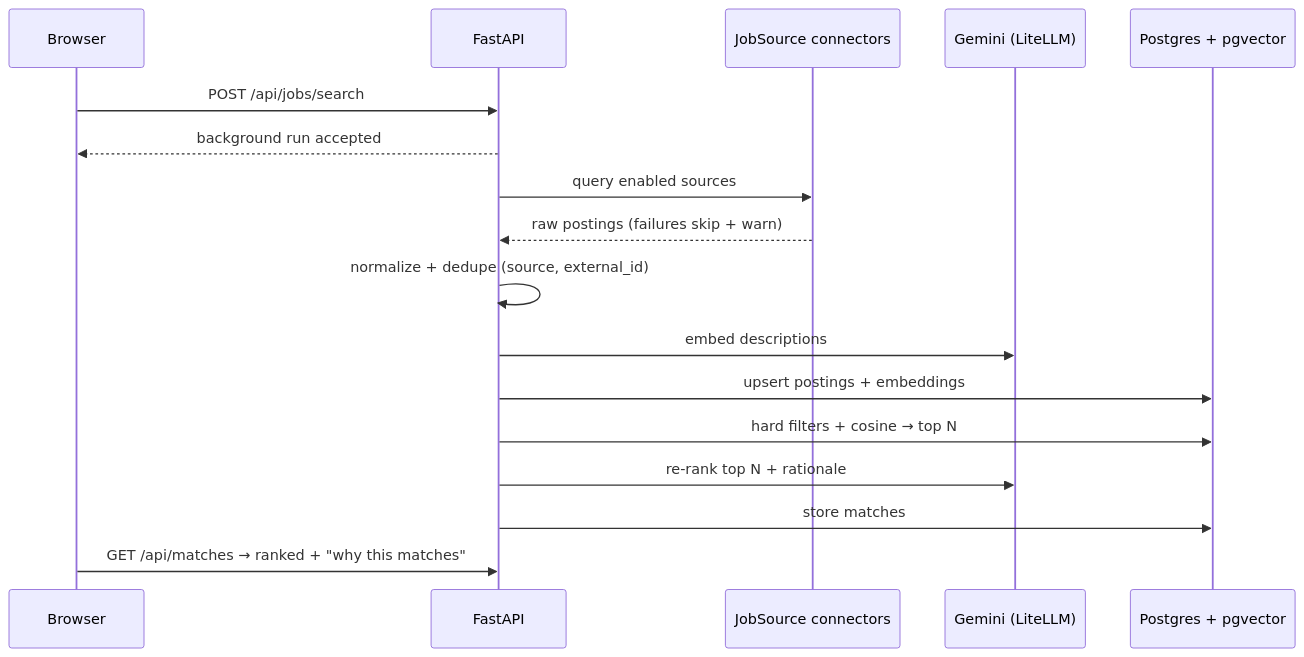
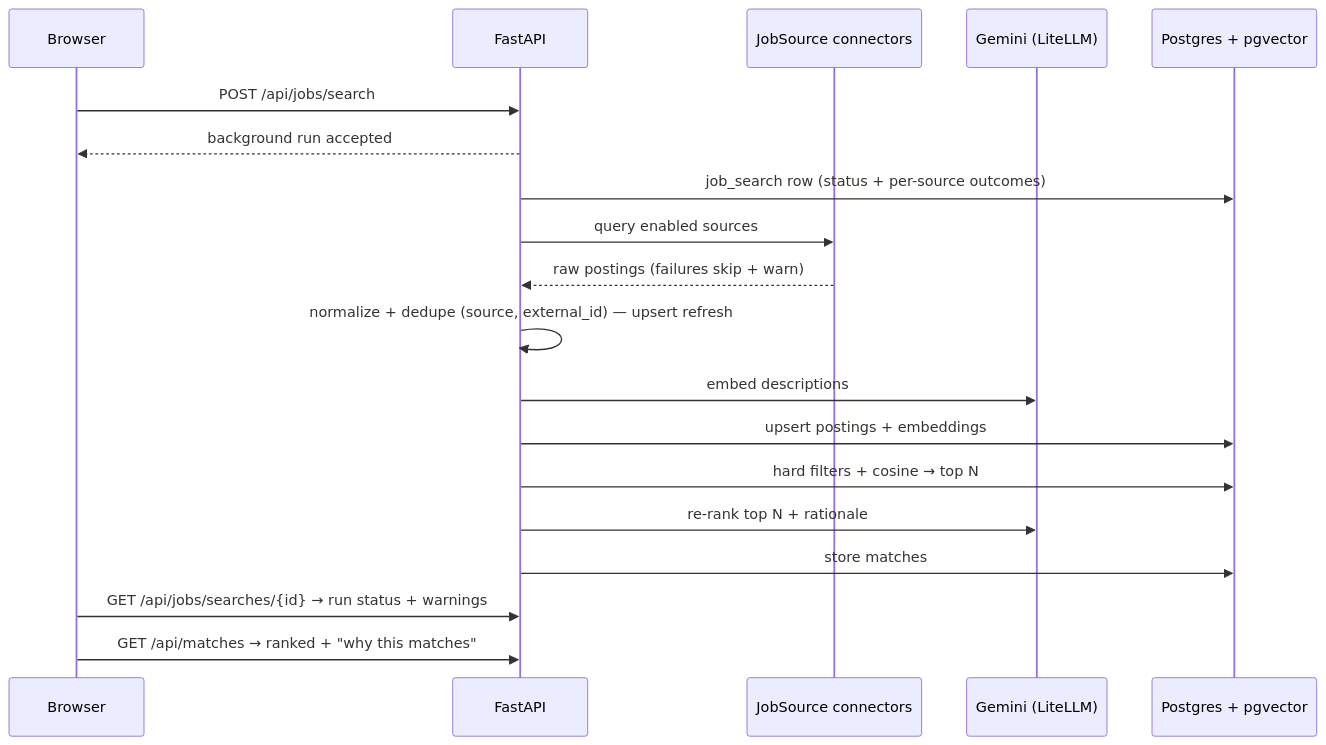
The third of 4 diagrams in docs/architecture.md (MSVhora/ai_job_assistant), drawn with Mermaid before and after one commit. The commit also changed other lines of this file and 32 other files, not shown here.

Commit message:
Add JobSource connector interface with Adzuna ingestion and dedupe

````diff
--- a/docs/architecture.md
+++ b/docs/architecture.md
@@ -93,20 +93,22 @@
 ```mermaid
 sequenceDiagram
     participant B as Browser
     participant A as FastAPI
     participant C as JobSource connectors
     participant G as Gemini (LiteLLM)
     participant D as Postgres + pgvector
 
     B->>A: POST /api/jobs/search
     A-->>B: background run accepted
+    A->>D: job_search row (status + per-source outcomes)
     A->>C: query enabled sources
     C-->>A: raw postings (failures skip + warn)
-    A->>A: normalize + dedupe (source, external_id)
+    A->>A: normalize + dedupe (source, external_id) — upsert refresh
     A->>G: embed descriptions
     A->>D: upsert postings + embeddings
     A->>D: hard filters + cosine → top N
     A->>G: re-rank top N + rationale
     A->>D: store matches
+    B->>A: GET /api/jobs/searches/{id} → run status + warnings
     B->>A: GET /api/matches → ranked + "why this matches"
 ```
````
